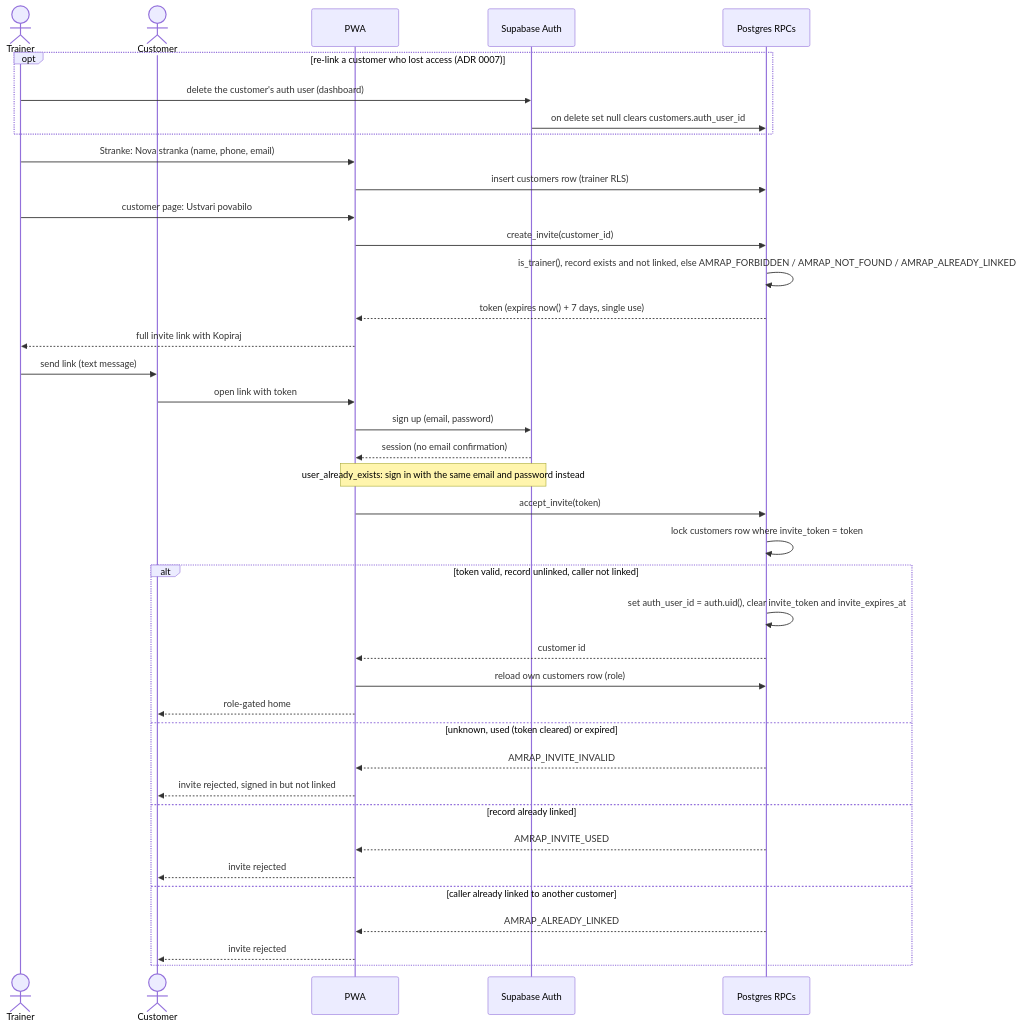
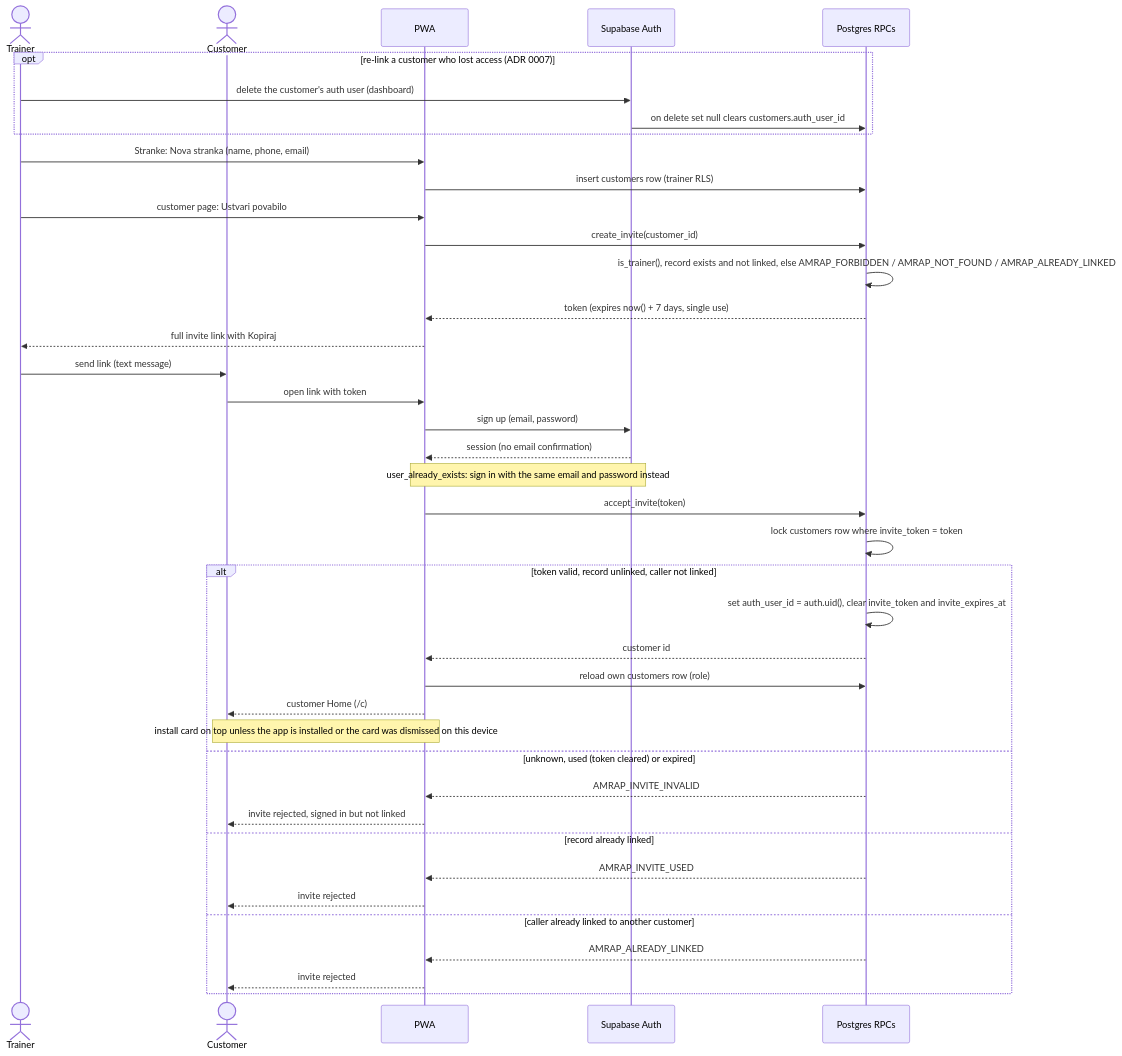
One commit to JasaGlazar/amrap changed the diagram in docs/architecture/auth-invite-flow.md. Above: the diagram before and after it, drawn with Mermaid. The commit also changed other lines of this file, not shown here.

First line of the commit message:
docs: invite flow ends on customer Home with the install card

````diff
--- a/docs/architecture/auth-invite-flow.md
+++ b/docs/architecture/auth-invite-flow.md
@@ -28,42 +30,43 @@
 ```mermaid
 sequenceDiagram
     actor T as Trainer
     actor C as Customer
     participant App as PWA
     participant Auth as Supabase Auth
     participant DB as Postgres RPCs
 
     opt re-link a customer who lost access (ADR 0007)
         T->>Auth: delete the customer's auth user (dashboard)
         Auth->>DB: on delete set null clears customers.auth_user_id
     end
     T->>App: Stranke: Nova stranka (name, phone, email)
     App->>DB: insert customers row (trainer RLS)
     T->>App: customer page: Ustvari povabilo
     App->>DB: create_invite(customer_id)
     DB->>DB: is_trainer(), record exists and not linked, else AMRAP_FORBIDDEN / AMRAP_NOT_FOUND / AMRAP_ALREADY_LINKED
     DB-->>App: token (expires now() + 7 days, single use)
     App-->>T: full invite link with Kopiraj
     T->>C: send link (text message)
     C->>App: open link with token
     App->>Auth: sign up (email, password)
     Auth-->>App: session (no email confirmation)
     Note over App,Auth: user_already_exists: sign in with the same email and password instead
     App->>DB: accept_invite(token)
     DB->>DB: lock customers row where invite_token = token
     alt token valid, record unlinked, caller not linked
         DB->>DB: set auth_user_id = auth.uid(), clear invite_token and invite_expires_at
         DB-->>App: customer id
         App->>DB: reload own customers row (role)
-        App-->>C: role-gated home
+        App-->>C: customer Home (/c)
+        Note over App,C: install card on top unless the app is installed or the card was dismissed on this device
     else unknown, used (token cleared) or expired
         DB-->>App: AMRAP_INVITE_INVALID
         App-->>C: invite rejected, signed in but not linked
     else record already linked
         DB-->>App: AMRAP_INVITE_USED
         App-->>C: invite rejected
     else caller already linked to another customer
         DB-->>App: AMRAP_ALREADY_LINKED
         App-->>C: invite rejected
     end
 ```
````
